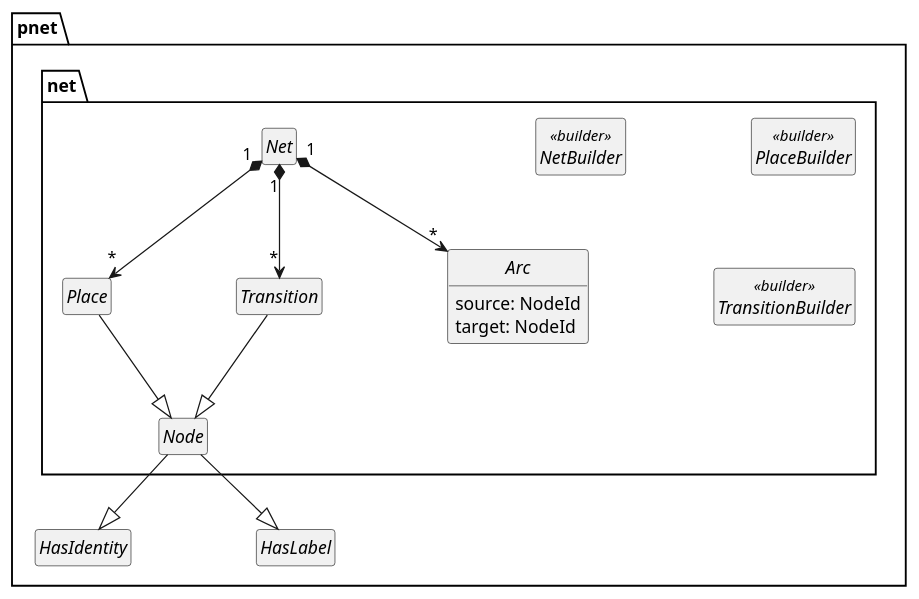
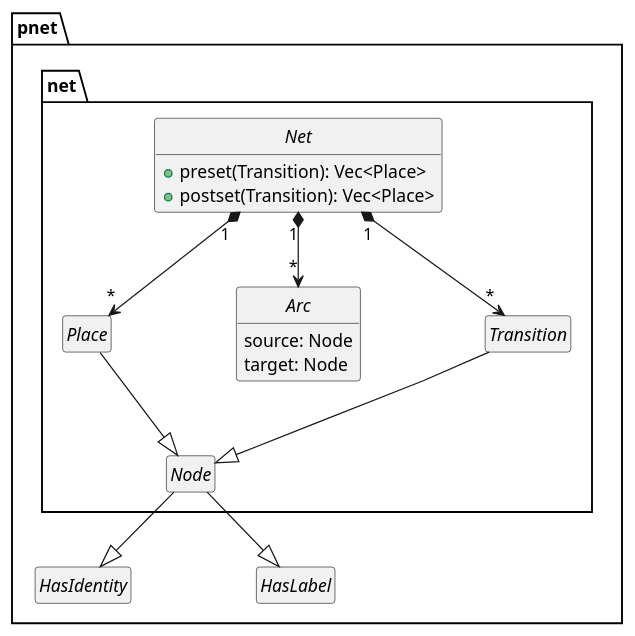
Before and after one commit to johnstonskj/rust-ptnets: the first of 28 diagrams in doc/index.org, drawn with PlantUML. The commit also changed other lines of this file and 26 other files, not shown here.

```diff
--- a/doc/index.org
+++ b/doc/index.org
@@ -135,38 +61,37 @@
 #+BEGIN_SRC plantuml :file ptnet-model-net.svg
 skinparam backgroundColor transparent
 skinparam style strictuml
 skinparam linetype polyline
 skinparam nodesep 100
 
 hide empty members
 
 package pnet {
     interface HasIdentity
     interface HasLabel
     package net {
         interface Node {}
         Node -down-|> HasIdentity
         Node -down-|> HasLabel
 
         interface Place {}
         Place -down-|> Node
 
+        interface Arc {
+            source: Node
+            target: Node
+        }
+
         interface Transition {}
         Transition -down-|> Node
 
-        interface Arc {
-            source: NodeId
-            target: NodeId
+        interface Net {
+            +preset(Transition): Vec<Place>
+            +postset(Transition): Vec<Place>
         }
-
-        interface Net {}
         Net "1" *--> "*" Place
         Net "1" *--> "*" Transition
         Net "1" *--> "*" Arc
-
-        interface NetBuilder <<builder>>
-        interface PlaceBuilder <<builder>>
-        interface TransitionBuilder <<builder>>
     }
 }
 #+END_SRC
```
